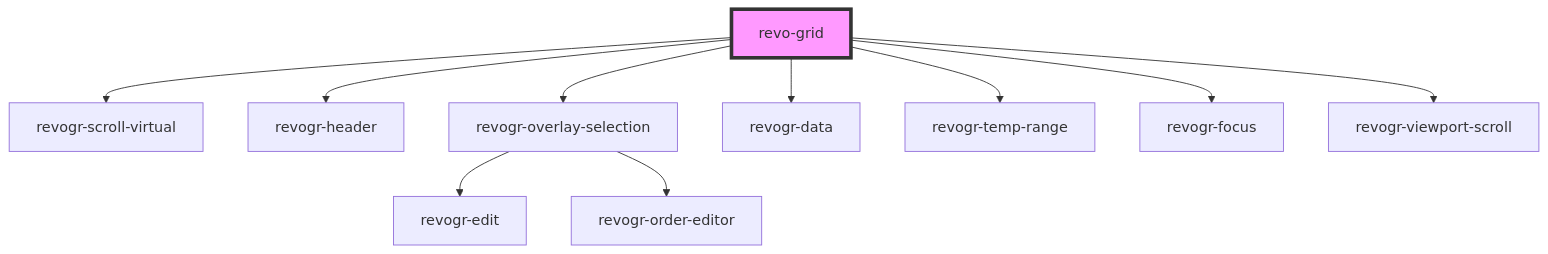
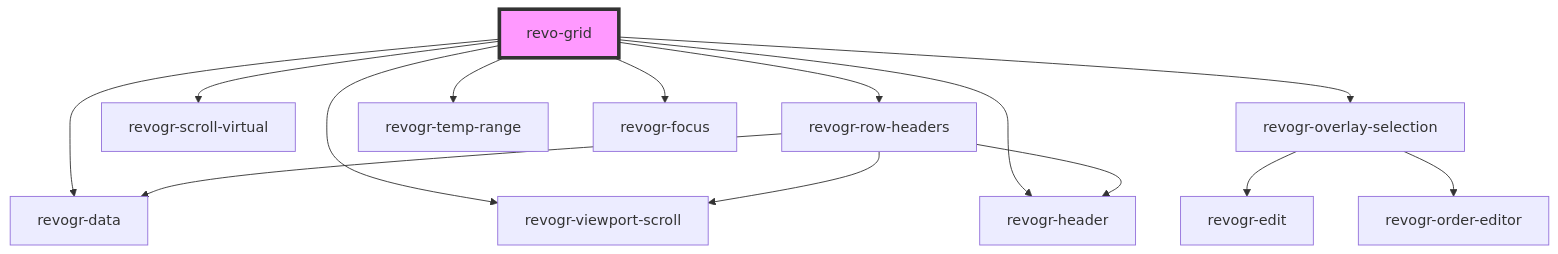
One commit to revolist/revogrid changed the diagram in src/components/revo-grid/readme.md. Above: the diagram before and after it, drawn with Mermaid. The commit also changed other lines of this file and 6 other files, not shown here.

````diff
--- a/src/components/revo-grid/readme.md
+++ b/src/components/revo-grid/readme.md
@@ -270,13 +271,17 @@
 ```mermaid
 graph TD;
+  revo-grid --> revogr-row-headers
   revo-grid --> revogr-scroll-virtual
   revo-grid --> revogr-header
   revo-grid --> revogr-overlay-selection
   revo-grid --> revogr-data
   revo-grid --> revogr-temp-range
   revo-grid --> revogr-focus
   revo-grid --> revogr-viewport-scroll
+  revogr-row-headers --> revogr-data
+  revogr-row-headers --> revogr-viewport-scroll
+  revogr-row-headers --> revogr-header
   revogr-overlay-selection --> revogr-edit
   revogr-overlay-selection --> revogr-order-editor
   style revo-grid fill:#f9f,stroke:#333,stroke-width:4px
 ```
````
